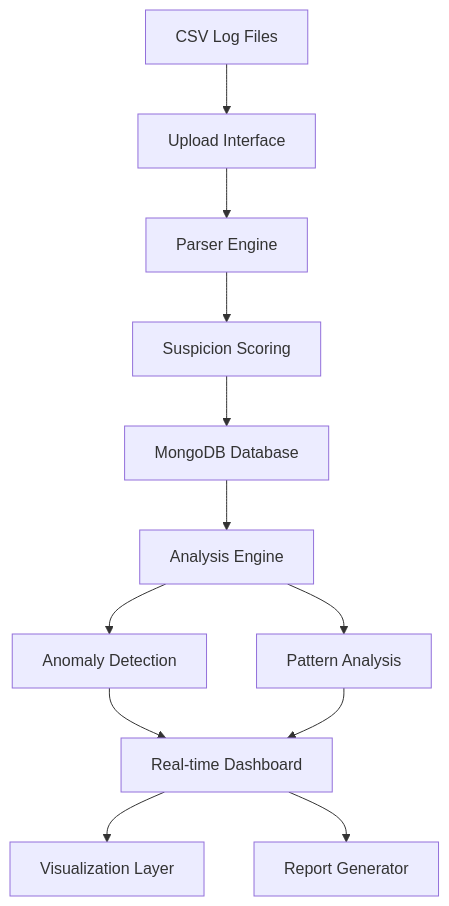
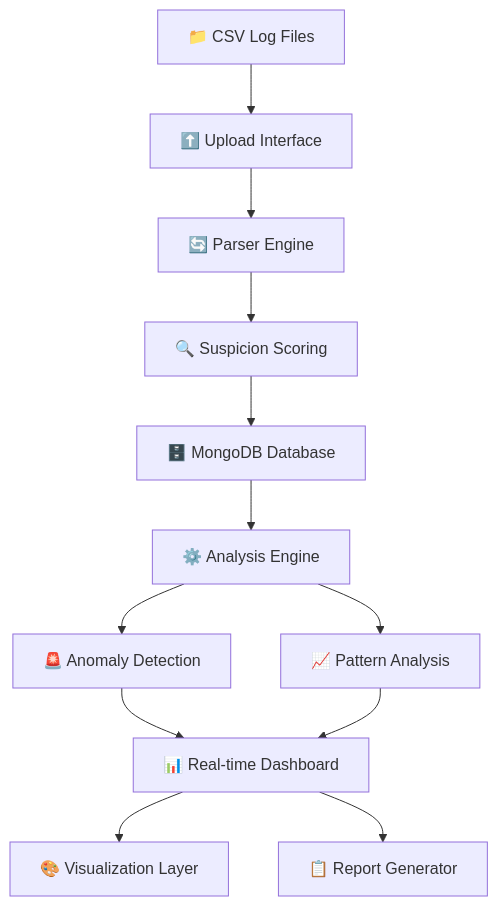
Before and after one commit to iSamarthDubey/nexum-obscura: the diagram in README.md, drawn with Mermaid. The commit also changed other lines of this file, not shown here.

````diff
--- a/README.md
+++ b/README.md
@@ -72,14 +70,14 @@
 ```mermaid
 graph TB
-    A[CSV Log Files] --> B[Upload Interface]
-    B --> C[Parser Engine]
-    C --> D[Suspicion Scoring]
-    D --> E[MongoDB Database]
-    E --> F[Analysis Engine]
-    F --> G[Anomaly Detection]
-    F --> H[Pattern Analysis]
-    G --> I[Real-time Dashboard]
+    A[📁 CSV Log Files] --> B[⬆️ Upload Interface]
+    B --> C[🔄 Parser Engine]
+    C --> D[🔍 Suspicion Scoring]
+    D --> E[🗄️ MongoDB Database]
+    E --> F[⚙️ Analysis Engine]
+    F --> G[🚨 Anomaly Detection]
+    F --> H[📈 Pattern Analysis]
+    G --> I[📊 Real-time Dashboard]
     H --> I
-    I --> J[Visualization Layer]
-    I --> K[Report Generator]
+    I --> J[🎨 Visualization Layer]
+    I --> K[📋 Report Generator]
 ```
````
